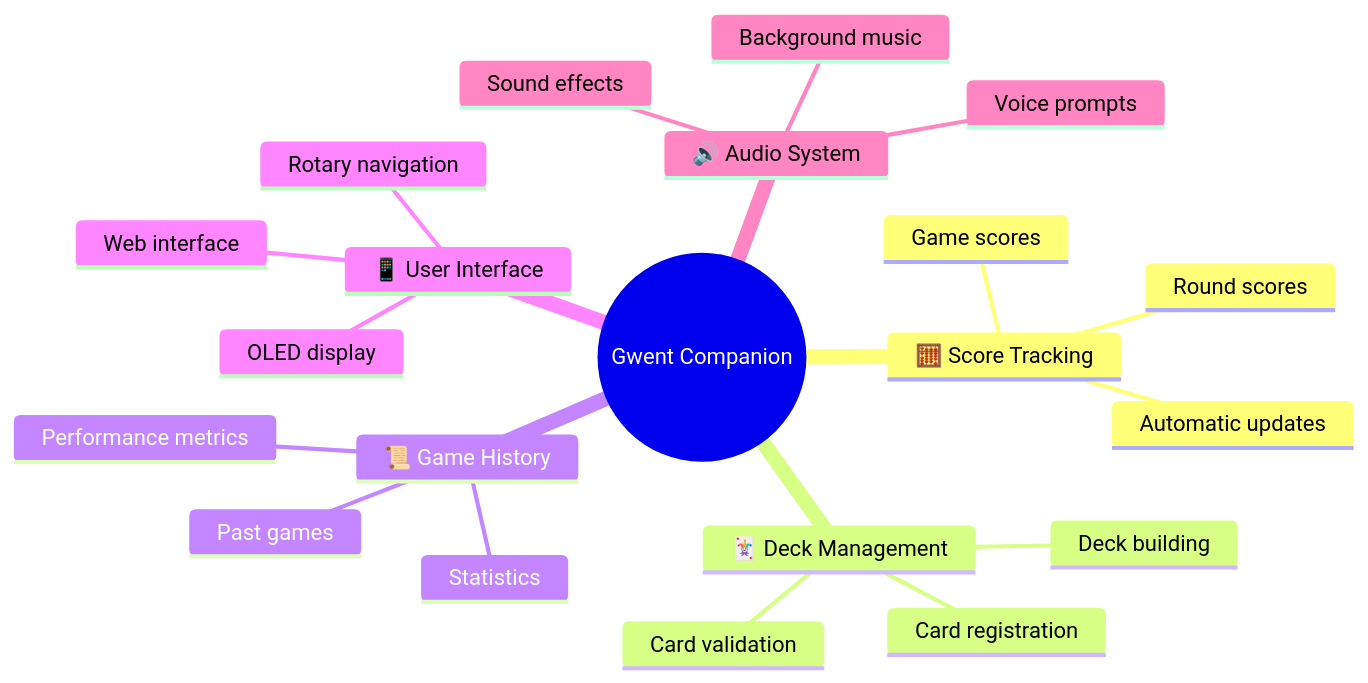
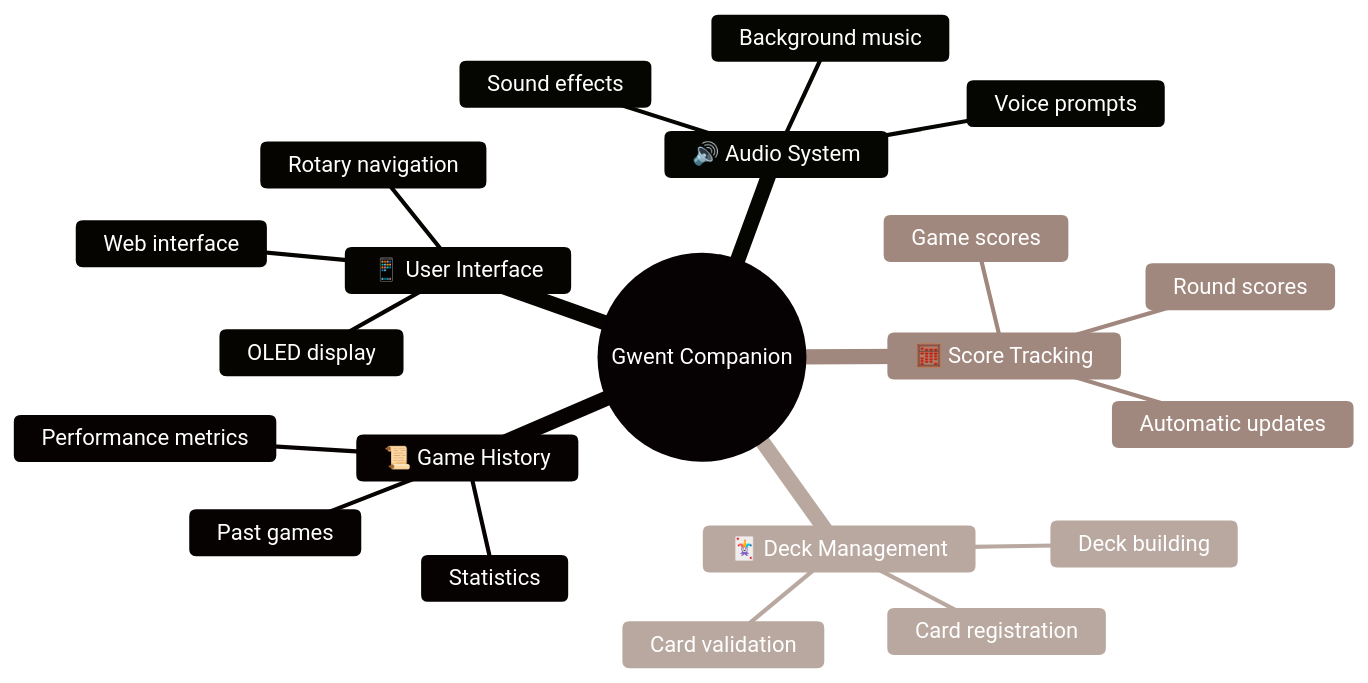
One commit to declanshanaghy/gwent changed the fifth of 9 diagrams in README.md. Above: the diagram before and after it, drawn with Mermaid. The commit also changed other lines of this file and 6 other files, not shown here.

First line of the commit message:
Add mermaid style guide and apply to all diagrams

````diff
--- a/README.md
+++ b/README.md
@@ -162,29 +218,46 @@
 ```mermaid
+%%{init: {
+  'theme': 'base',
+  'themeVariables': {
+    'primaryColor': '#6d1a36',
+    'primaryTextColor': '#fff',
+    'primaryBorderColor': '#7C4DFF',
+    'lineColor': '#7C4DFF',
+    'secondaryColor': '#D7CCC8',
+    'tertiaryColor': '#EFEBE9',
+    'fontFamily': 'Courier New',
+    'fontSize': '16px',
+    'nodeBorder': '#5D4037',
+    'mainBkg': '#EFEBE9',
+    'nodeBkg': '#BCAAA4'
+  }
+}}%%
+
 mindmap
     root((Gwent Companion))
         🧮 Score Tracking
             ::icon(fa fa-calculator)
             Automatic updates
             Round scores
             Game scores
         🃏 Deck Management
             ::icon(fa fa-id-card)
             Card registration
             Deck building
             Card validation
         📜 Game History
             ::icon(fa fa-history)
             Past games
             Statistics
             Performance metrics
         📱 User Interface
             ::icon(fa fa-tablet)
             OLED display
             Rotary navigation
             Web interface
         🔊 Audio System
             ::icon(fa fa-volume-up)
             Sound effects
             Voice prompts
             Background music
 ```
````
